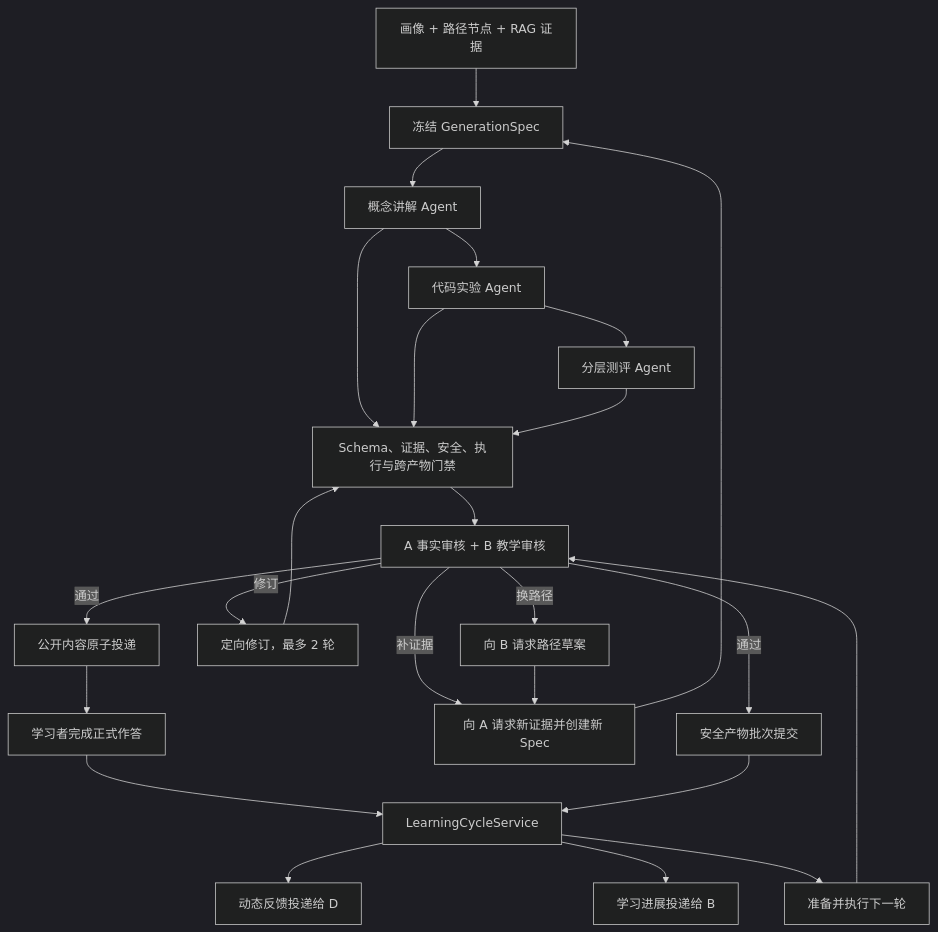
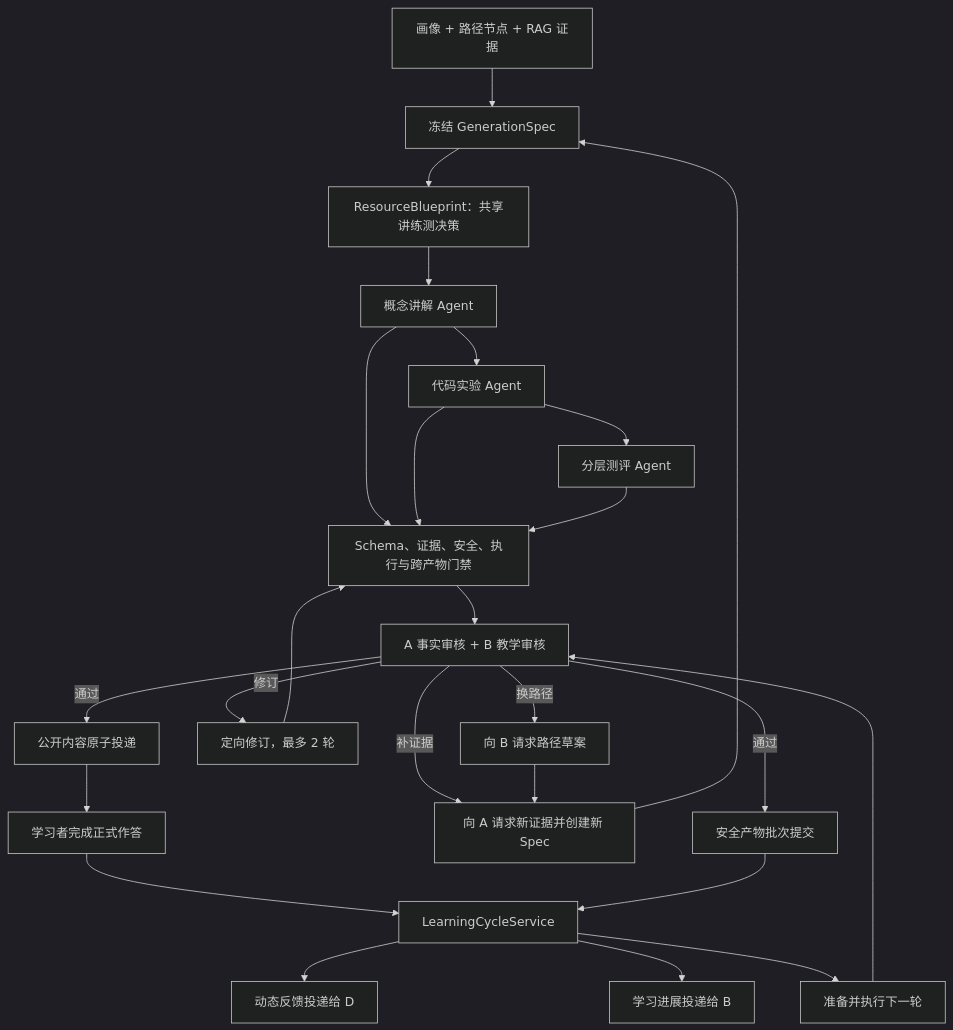
The diagram in docs/role_c_design.md (ZilaiWang/jiebang), drawn with Mermaid (dark theme) before and after one commit. The commit also changed other lines of this file and 51 other files, not shown here.

````diff
--- a/docs/role_c_design.md
+++ b/docs/role_c_design.md
@@ -45,26 +45,27 @@
 ```mermaid
 flowchart TD
     I["画像 + 路径节点 + RAG 证据"] --> S["冻结 GenerationSpec"]
-    S --> C1["概念讲解 Agent"]
+    S --> BP["ResourceBlueprint：共享讲练测决策"]
+    BP --> C1["概念讲解 Agent"]
     C1 --> C2["代码实验 Agent"]
     C2 --> C3["分层测评 Agent"]
     C1 --> V["Schema、证据、安全、执行与跨产物门禁"]
     C2 --> V
     C3 --> V
     V --> AB["A 事实审核 + B 教学审核"]
     AB -->|通过| SEC["安全产物批次提交"]
     AB -->|通过| PUB["公开内容原子投递"]
     AB -->|修订| REV["定向修订，最多 2 轮"]
     AB -->|补证据| EA["向 A 请求新证据并创建新 Spec"]
     AB -->|换路径| PB2["向 B 请求路径草案"]
     PB2 --> EA
     EA --> S
     REV --> V
     PUB --> SUB["学习者完成正式作答"]
     SUB --> LC["LearningCycleService"]
     SEC --> LC
     LC --> FD["动态反馈投递给 D"]
     LC --> PB["学习进展投递给 B"]
     LC --> NX["准备并执行下一轮"]
     NX --> AB
 ```
````
